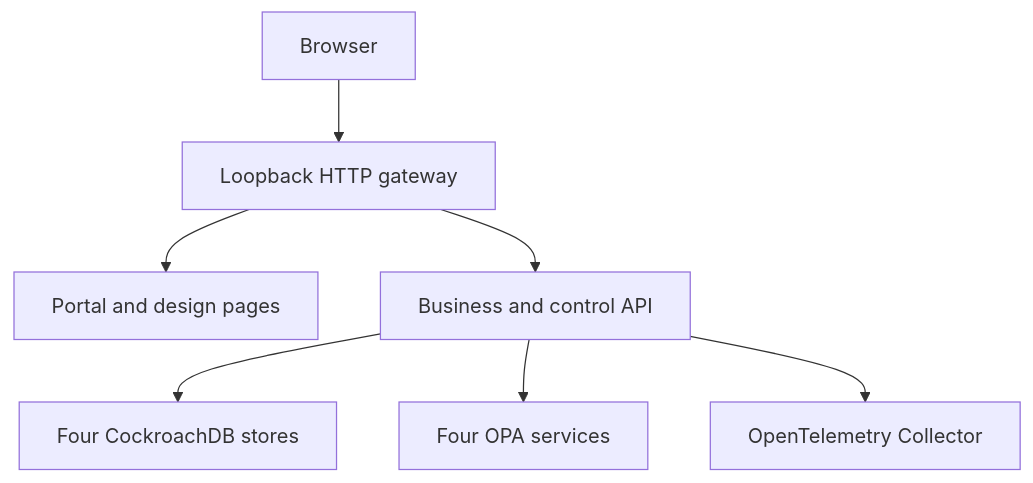
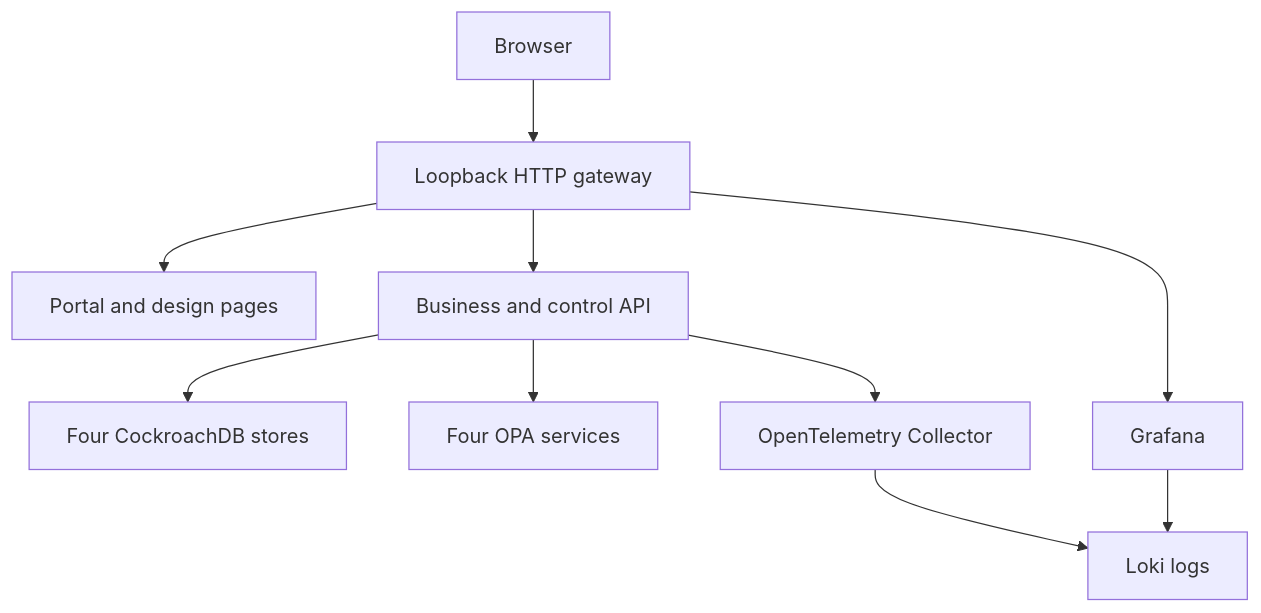
One commit to paulcull/sovereign-federation-lab changed the diagram in docs/DEVELOPMENT.md. Above: the diagram before and after it, drawn with Mermaid. The commit also changed other lines of this file and 34 other files, not shown here.

First line of the commit message:
Add OpenTelemetry application logs, Loki and Grafana

````diff
--- a/docs/DEVELOPMENT.md
+++ b/docs/DEVELOPMENT.md
@@ -39,9 +39,12 @@
 ```mermaid
 flowchart TD
     B[Browser] --> G[Loopback HTTP gateway]
     G --> W[Portal and design pages]
     G --> A[Business and control API]
     A --> D[Four CockroachDB stores]
     A --> P[Four OPA services]
     A --> T[OpenTelemetry Collector]
+    T --> L[Loki logs]
+    G --> F[Grafana]
+    F --> L
 ```
````
